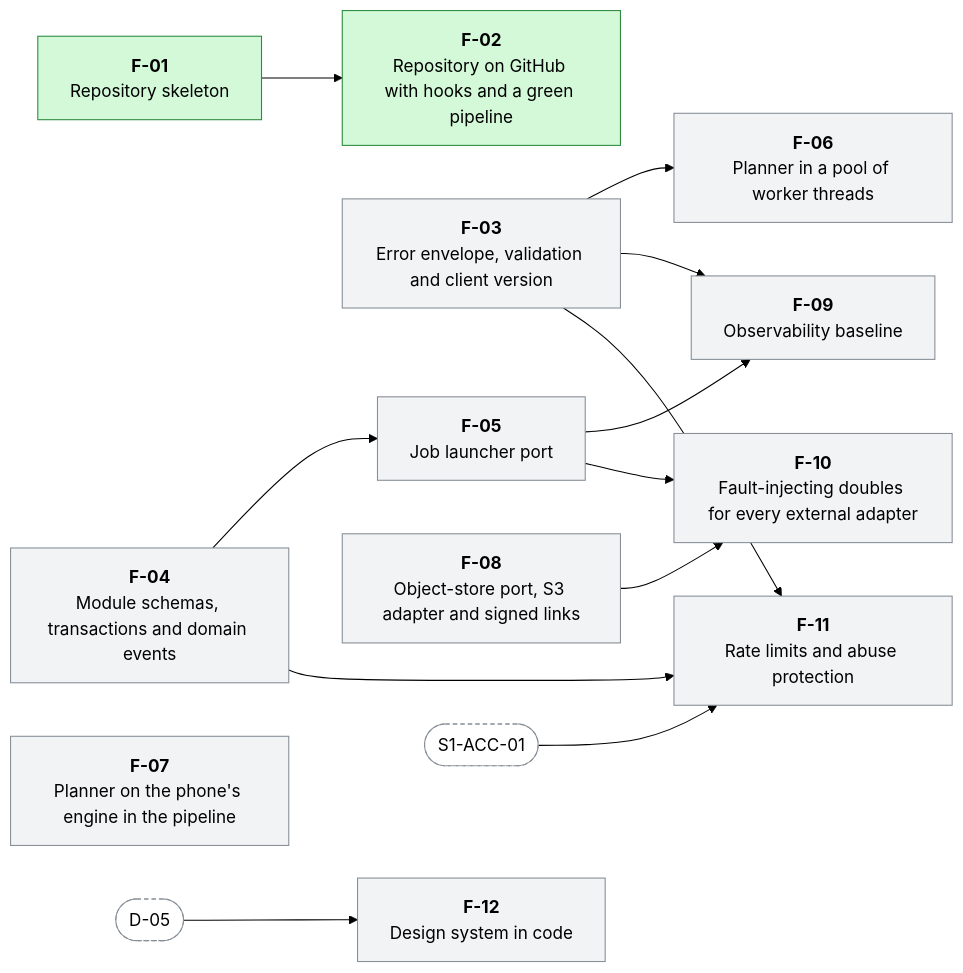
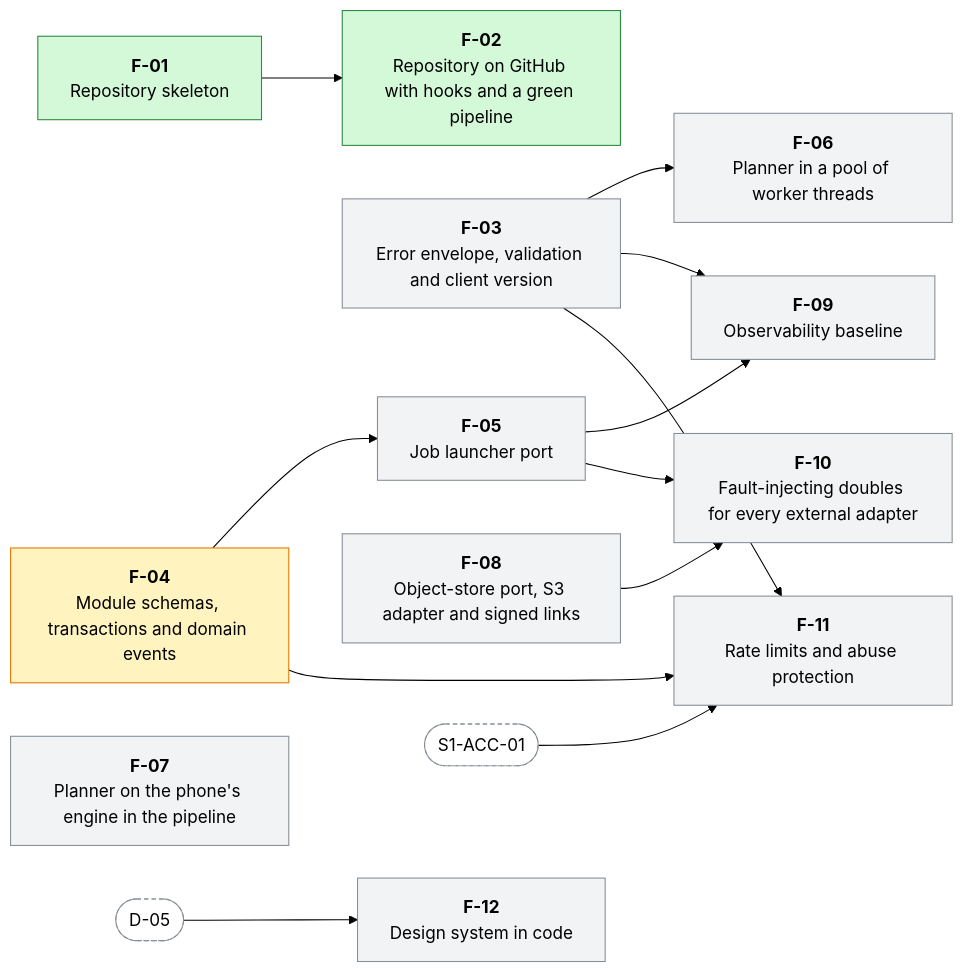
One commit to menisika/Smart-Tour-Guide-and-Itinerary-Planner changed the third of 17 diagrams in docs/WORK-PLAN.md. Above: the diagram before and after it, drawn with Mermaid (forest theme). The commit also changed other lines of this file and 2 other files, not shown here.

First line of the commit message:
docs(docs): claim the module schemas package

````diff
--- a/docs/WORK-PLAN.md
+++ b/docs/WORK-PLAN.md
@@ -534,33 +534,33 @@
 ```mermaid
 flowchart LR
   classDef done fill:#d3f9d8,stroke:#2b8a3e,color:#000
   classDef progress fill:#fff3bf,stroke:#e67700,color:#000
   classDef blocked fill:#ffe3e3,stroke:#c92a2a,color:#000
   classDef todo fill:#f1f3f5,stroke:#868e96,color:#000
   classDef outside fill:#ffffff,stroke:#868e96,stroke-dasharray:4 3,color:#000
   F_01["<b>F-01</b><br/>Repository skeleton"]:::done
   F_02["<b>F-02</b><br/>Repository on GitHub with hooks and a green pipeline"]:::done
   F_03["<b>F-03</b><br/>Error envelope, validation and client version"]:::todo
-  F_04["<b>F-04</b><br/>Module schemas, transactions and domain events"]:::todo
+  F_04["<b>F-04</b><br/>Module schemas, transactions and domain events"]:::progress
   F_05["<b>F-05</b><br/>Job launcher port"]:::todo
   F_06["<b>F-06</b><br/>Planner in a pool of worker threads"]:::todo
   F_07["<b>F-07</b><br/>Planner on the phone's engine in the pipeline"]:::todo
   F_08["<b>F-08</b><br/>Object-store port, S3 adapter and signed links"]:::todo
   F_09["<b>F-09</b><br/>Observability baseline"]:::todo
   F_10["<b>F-10</b><br/>Fault-injecting doubles for every external adapter"]:::todo
   F_11["<b>F-11</b><br/>Rate limits and abuse protection"]:::todo
   F_12["<b>F-12</b><br/>Design system in code"]:::todo
   D_05(["D-05"]):::outside
   S1_ACC_01(["S1-ACC-01"]):::outside
   F_01 --> F_02
   F_04 --> F_05
   F_03 --> F_06
   F_03 --> F_09
   F_05 --> F_09
   F_08 --> F_10
   F_05 --> F_10
   F_03 --> F_11
   F_04 --> F_11
   S1_ACC_01 --> F_11
   D_05 --> F_12
 ```
````
